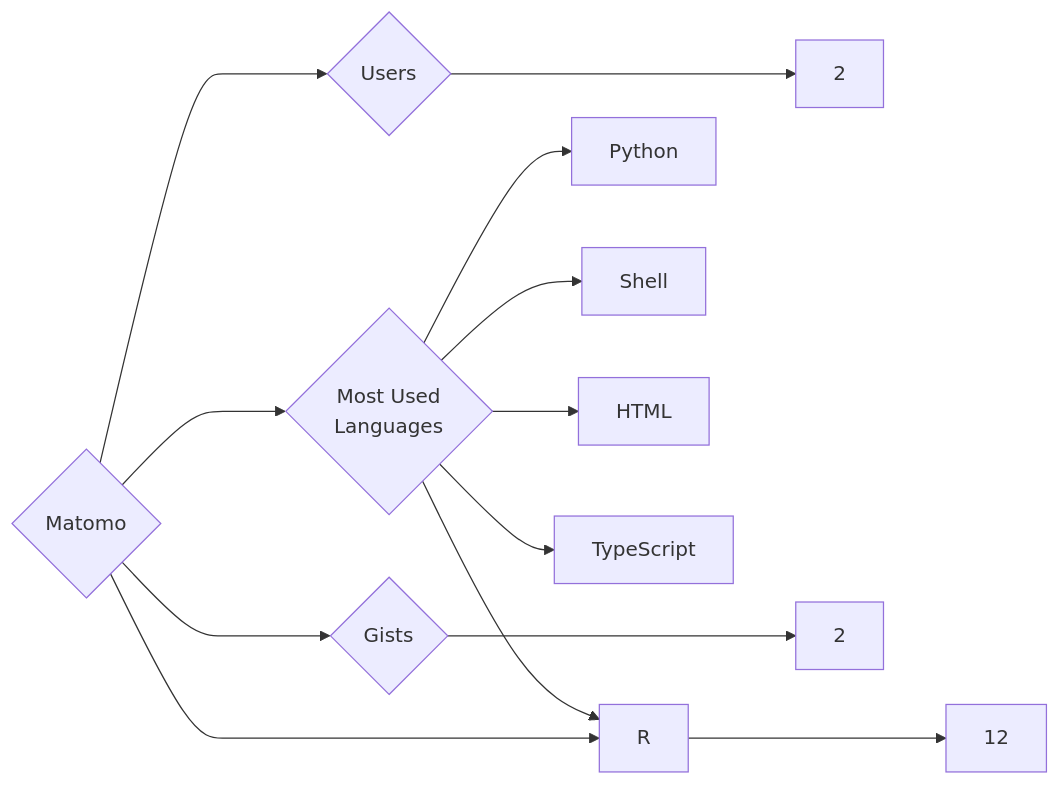
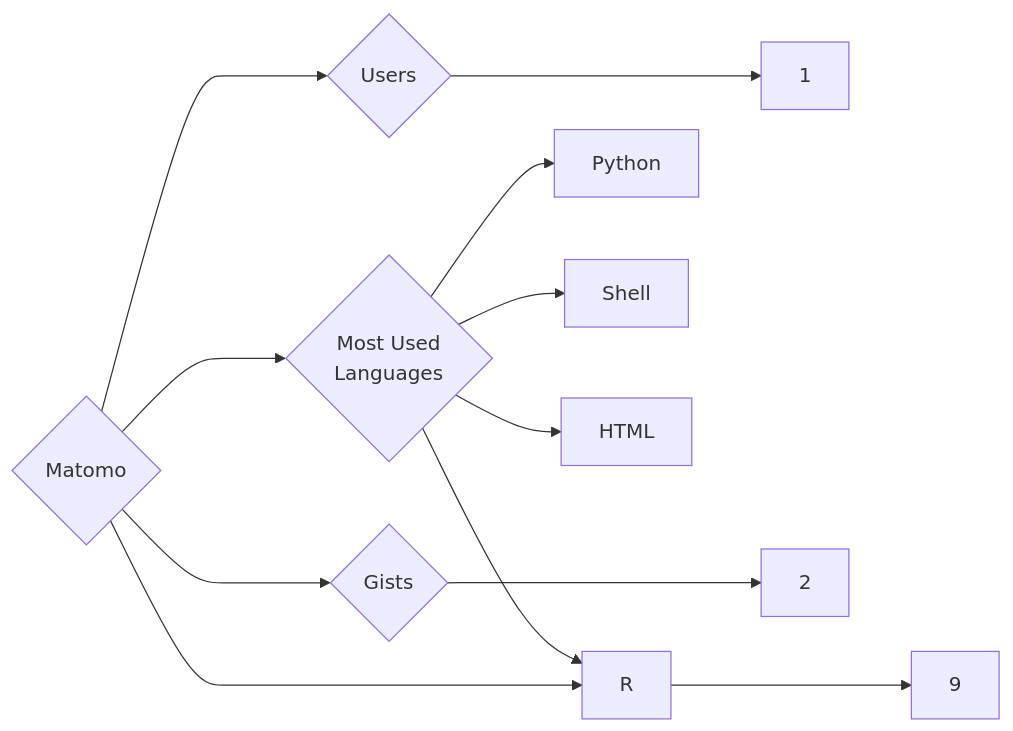
Before and after one commit to trickest/insiders: the diagram in targets/Matomo/README.md, drawn with Mermaid. The commit also changed 682 other files, not shown here.

````diff
--- a/targets/Matomo/README.md
+++ b/targets/Matomo/README.md
@@ -3,13 +3,12 @@
 ```mermaid
 graph LR
 COMPANY_NAME{Matomo}
-COMPANY_NAME ---> U{Users} ---> UN[2]
-COMPANY_NAME ---> R{Repositories} ---> RN[12]
+COMPANY_NAME ---> U{Users} ---> UN[1]
+COMPANY_NAME ---> R{Repositories} ---> RN[9]
 COMPANY_NAME ---> G{Gists} ---> GN[2]
 COMPANY_NAME ---> ML{Most Used<br>Languages}
 ML --> Python[Python]
 ML --> Shell[Shell]
+ML --> R[R]
 ML --> HTML[HTML]
-ML --> TypeScript[TypeScript]
-ML --> R[R]
 ```
````
